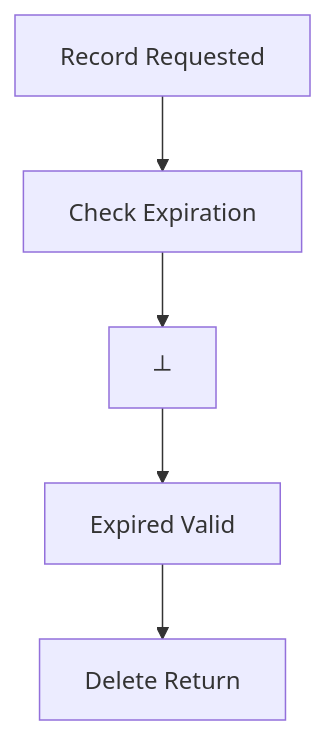
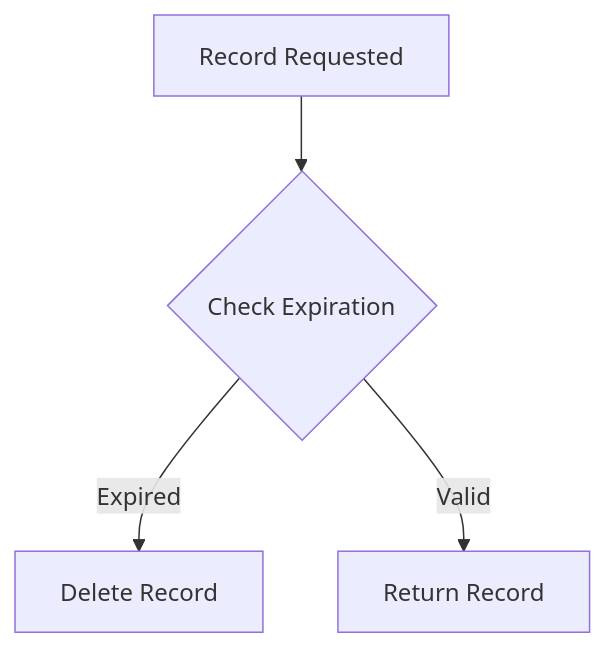
Before and after one commit to TechSivaram/tscloak: diagram 15 of 18 in README.md, drawn with Mermaid. The commit also changed other lines of this file, not shown here.

````diff
--- a/README.md
+++ b/README.md
@@ -813,8 +817,6 @@
 ```mermaid
 flowchart TD
-    N0["Record Requested"] --> N1
-    N1["Check Expiration"] --> N2
-    N2["┴"] --> N3
-    N3["Expired    Valid"] --> N4
-    N4["Delete    Return"]
+    A["Record Requested"] --> B{"Check Expiration"}
+    B -->|Expired| C["Delete Record"]
+    B -->|Valid| D["Return Record"]
 ```
````
